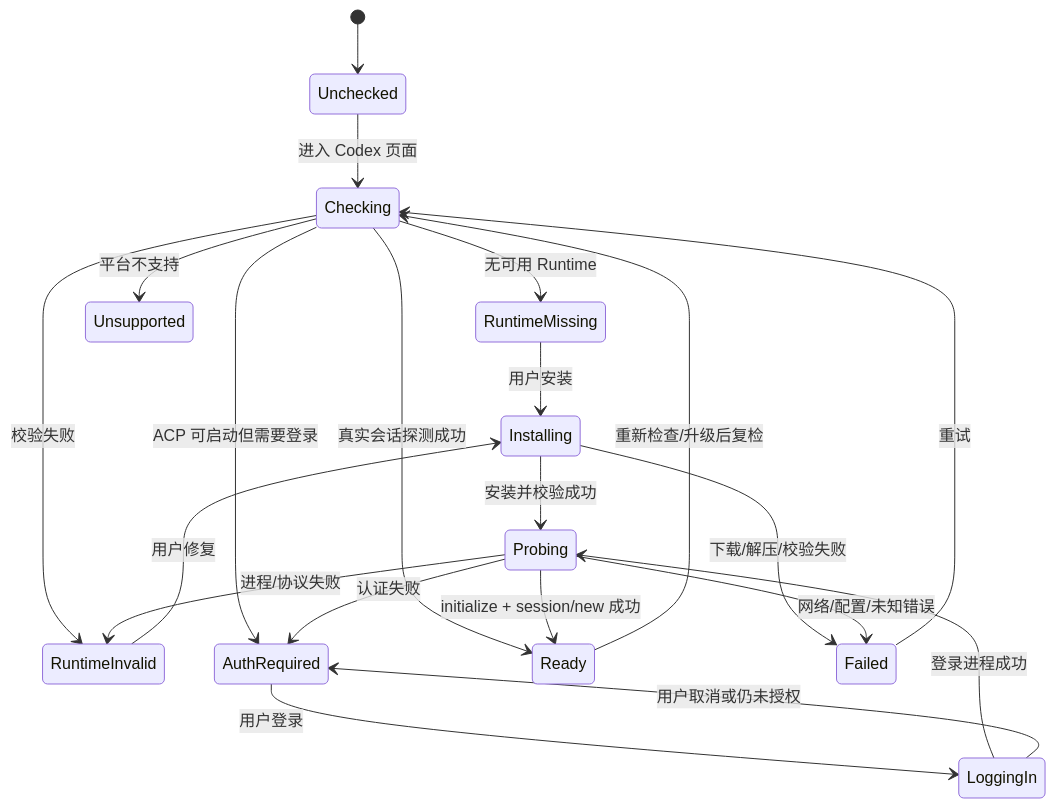
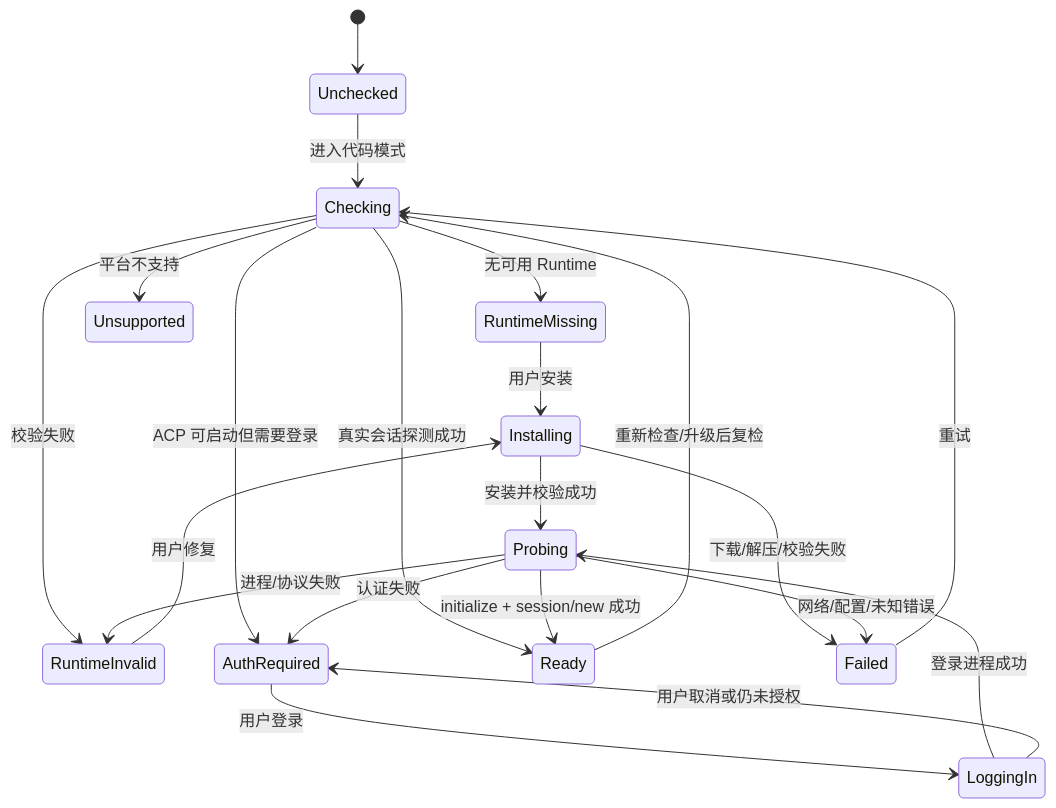
Before and after one commit to Pinvou/pinvou-agent: the second of 2 diagrams in docs/Codex-ACP-运行环境与首次使用设计.md, drawn with Mermaid. The commit also changed other lines of this file and 11 other files, not shown here.

````diff
--- a/docs/Codex-ACP-运行环境与首次使用设计.md
+++ b/docs/Codex-ACP-运行环境与首次使用设计.md
@@ -410,27 +410,27 @@
 ```mermaid
 stateDiagram-v2
   [*] --> Unchecked
-  Unchecked --> Checking: 进入 Codex 页面
+  Unchecked --> Checking: 进入代码模式
   Checking --> RuntimeMissing: 无可用 Runtime
   Checking --> RuntimeInvalid: 校验失败
   Checking --> AuthRequired: ACP 可启动但需要登录
   Checking --> Ready: 真实会话探测成功
   Checking --> Unsupported: 平台不支持
 
   RuntimeMissing --> Installing: 用户安装
   RuntimeInvalid --> Installing: 用户修复
   Installing --> Probing: 安装并校验成功
   Installing --> Failed: 下载/解压/校验失败
 
   AuthRequired --> LoggingIn: 用户登录
   LoggingIn --> Probing: 登录进程成功
   LoggingIn --> AuthRequired: 用户取消或仍未授权
 
   Probing --> Ready: initialize + session/new 成功
   Probing --> AuthRequired: 认证失败
   Probing --> RuntimeInvalid: 进程/协议失败
   Probing --> Failed: 网络/配置/未知错误
 
   Failed --> Checking: 重试
   Ready --> Checking: 重新检查/升级后复检
 ```
````
